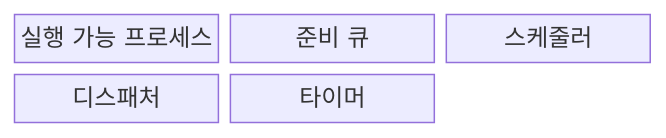
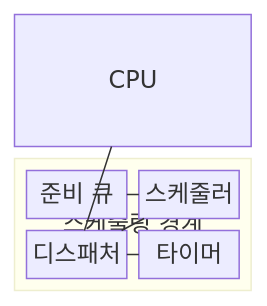
One commit to agnusdei1207/knowledge-base changed the first of 2 diagrams in src/content/docs/notes/03-software/004_process_scheduling.md. Above: the diagram before and after it, drawn with Mermaid. The commit also changed other lines of this file and 20 other files, not shown here.

````diff
--- a/src/content/docs/notes/03-software/004_process_scheduling.md
+++ b/src/content/docs/notes/03-software/004_process_scheduling.md
@@ -72,9 +69,16 @@
 ```mermaid
-block-beta
-  columns 3
-  P["실행 가능 프로세스"]
-  Q["준비 큐"]
-  S["스케줄러"]
-  D["디스패처"]
-  T["타이머"]
+block
+    columns 1
+    C["CPU"]
+    block:K["스케줄링 경계"]
+        columns 2
+        Q["준비 큐"]
+        S["스케줄러"]
+        D["디스패처"]
+        T["타이머"]
+    end
+    Q --- S
+    S --- D
+    D --- C
+    T --- D
 ```
````
